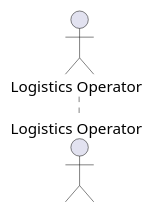
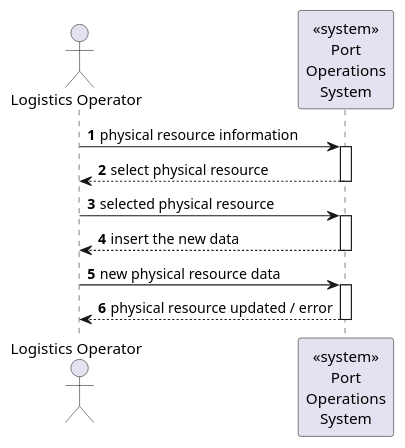
The diagram in docs/sprint1/level1/process_view/1230762 - João Monteiro/US 2.2.12/SD_US2.2.12_UPDATE.puml (Departamento-de-Engenharia-Informatica/LEI-SEM5-PI-2025-26-3DK-04), drawn with PlantUML before and after one commit. The commit also changed 20 other files, not shown here.

```diff
--- a/docs/sprint1/level1/process_view/1230762 - João Monteiro/US 2.2.12/SD_US2.2.12_UPDATE.puml
+++ b/docs/sprint1/level1/process_view/1230762 - João Monteiro/US 2.2.12/SD_US2.2.12_UPDATE.puml
@@ -1,6 +1,21 @@
 @startuml SD_US2.2.12_UPDATE
 autonumber
 
 actor "Logistics Operator" as Operator
+participant "<<system>>\nPort\nOperations\nSystem" as System
 
+Operator -> System : physical resource information
+activate System
+System --> Operator : select physical resource
+deactivate System
+
+Operator -> System : selected physical resource
+activate System
+System --> Operator : insert the new data
+deactivate System
+
+Operator -> System : new physical resource data
+activate System
+System --> Operator : physical resource updated / error
+deactivate System
 @enduml
```
